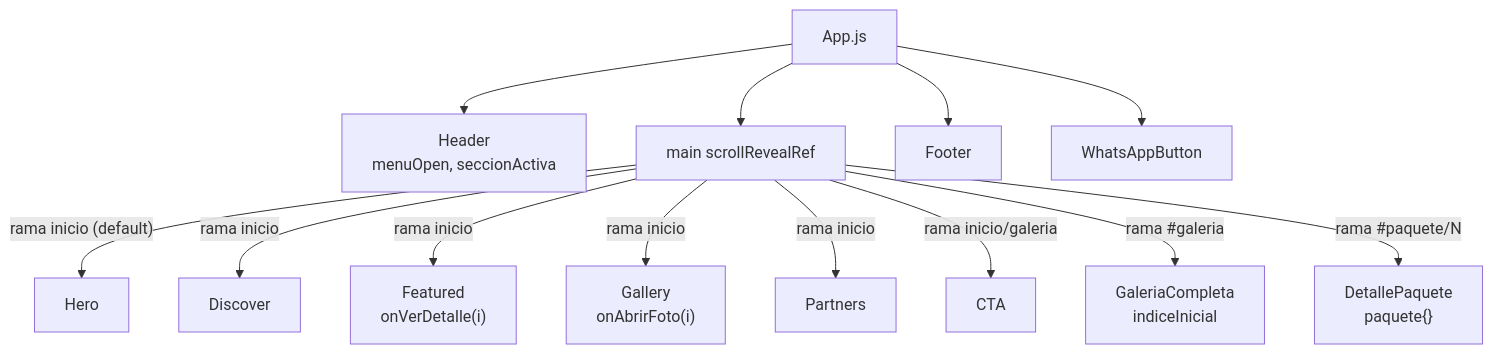
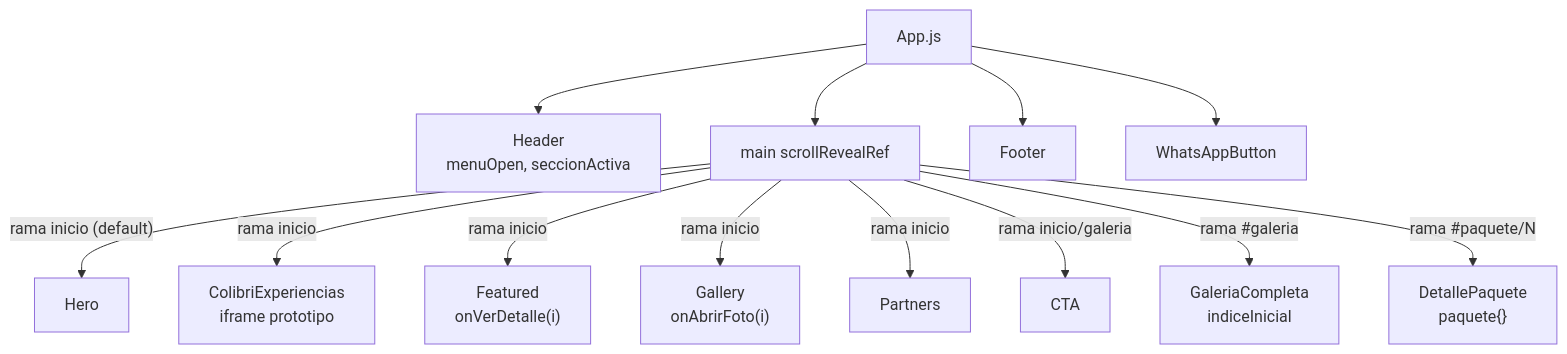
One commit to damianjose592/proyecto_manaure_vive changed the second of 10 diagrams in MEMORIA.md. Above: the diagram before and after it, drawn with Mermaid. The commit also changed other lines of this file and 39 other files, not shown here.

Commit message:
Colibri en portada: integra prototipo con altura dinamica, elimina Discover y filtro Descubre

````diff
--- a/MEMORIA.md
+++ b/MEMORIA.md
@@ -180,17 +180,17 @@
 ```mermaid
 flowchart TD
   APP["App.js"] --> HD1["Header<br/>menuOpen, seccionActiva"]
   APP --> MAIN["main scrollRevealRef"]
   APP --> FT["Footer"]
   APP --> WA["WhatsAppButton"]
 
   MAIN -- "rama inicio (default)" --> H["Hero"]
-  MAIN -- "rama inicio" --> DI["Discover"]
+  MAIN -- "rama inicio" --> CB1["ColibriExperiencias<br/>iframe prototipo"]
   MAIN -- "rama inicio" --> FE["Featured<br/>onVerDetalle(i)"]
   MAIN -- "rama inicio" --> GA["Gallery<br/>onAbrirFoto(i)"]
   MAIN -- "rama inicio" --> PA["Partners"]
   MAIN -- "rama inicio/galeria" --> CTA["CTA"]
 
   MAIN -- "rama #galeria" --> GC["GaleriaCompleta<br/>indiceInicial"]
   MAIN -- "rama #paquete/N" --> DP["DetallePaquete<br/>paquete{}"]
 ```
````
